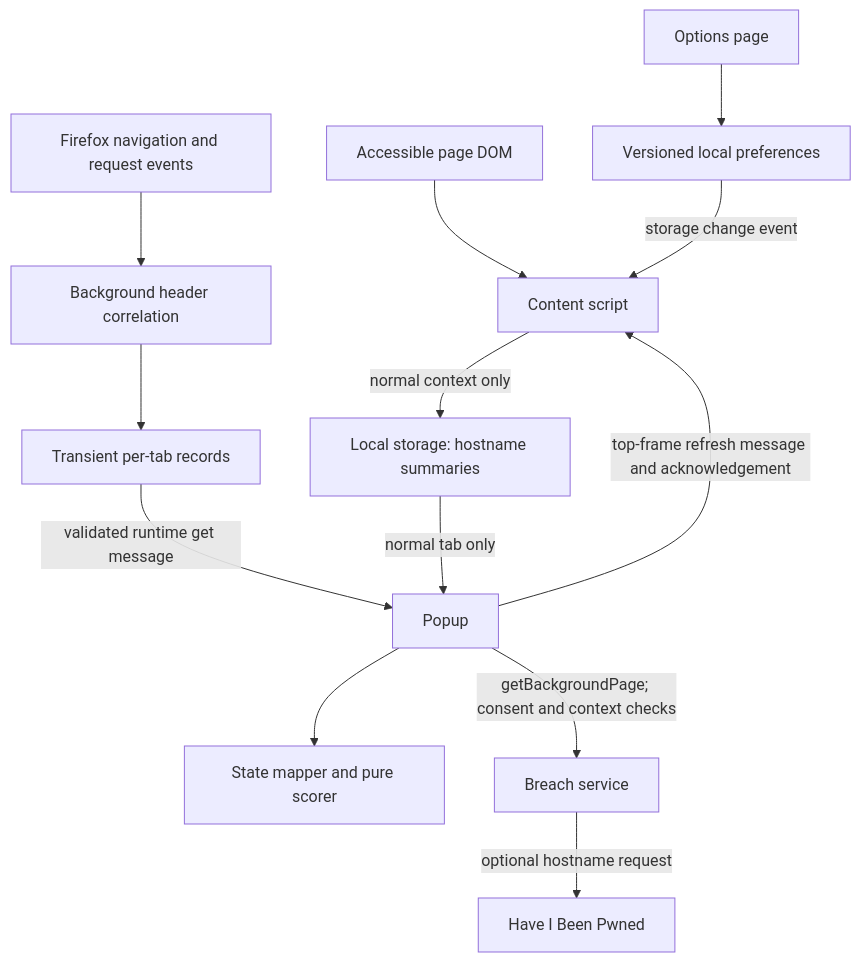
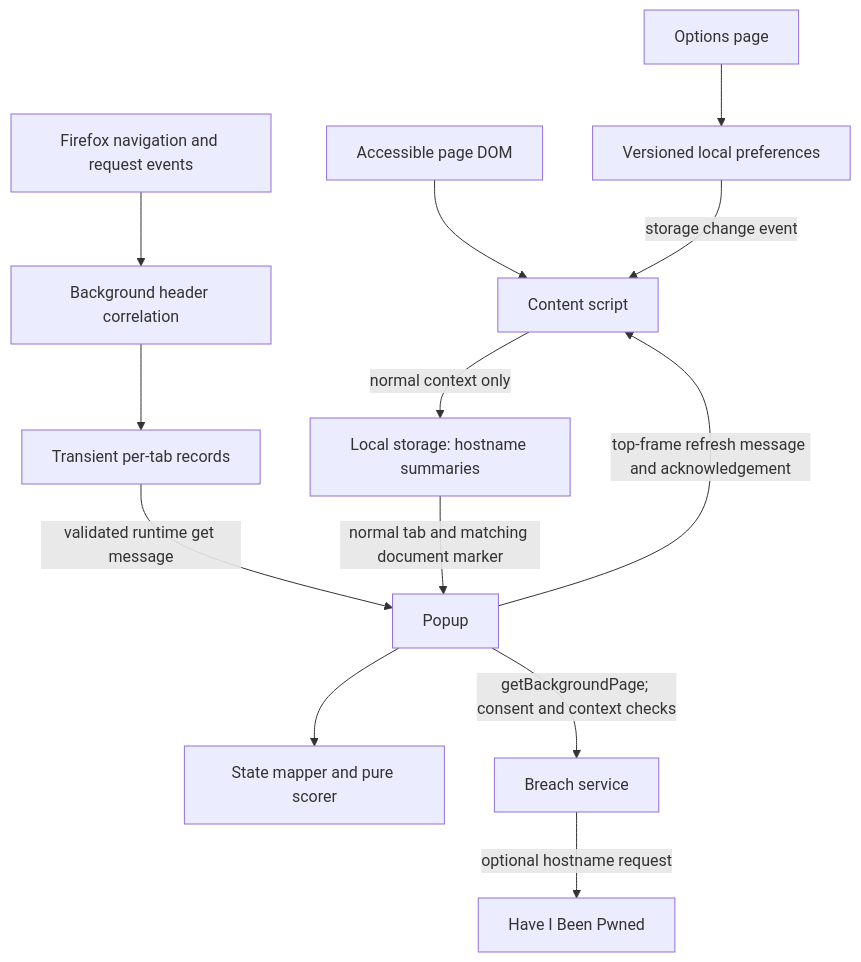
The diagram in docs/ARCHITECTURE.md (ujjwalk1/PrivacyMonitor), drawn with Mermaid before and after one commit. The commit also changed other lines of this file and 16 other files, not shown here.

```diff
--- a/docs/ARCHITECTURE.md
+++ b/docs/ARCHITECTURE.md
@@ -20,15 +20,15 @@
 ~~~mermaid
 flowchart TD
   Page[Accessible page DOM] --> Content[Content script]
   Content -->|normal context only| Legacy[Local storage: hostname summaries]
   Events[Firefox navigation and request events] --> Headers[Background header correlation]
   Headers --> Records[Transient per-tab records]
   Records -->|validated runtime get message| Popup[Popup]
-  Legacy -->|normal tab only| Popup
+  Legacy -->|normal tab and matching document marker| Popup
   Popup -->|top-frame refresh message and acknowledgement| Content
   Popup --> State[State mapper and pure scorer]
   Popup -->|getBackgroundPage; consent and context checks| Breach[Breach service]
   Breach -->|optional hostname request| HIBP[Have I Been Pwned]
   Options[Options page] --> Preferences[Versioned local preferences]
   Preferences -->|storage change event| Content
 ~~~
```
